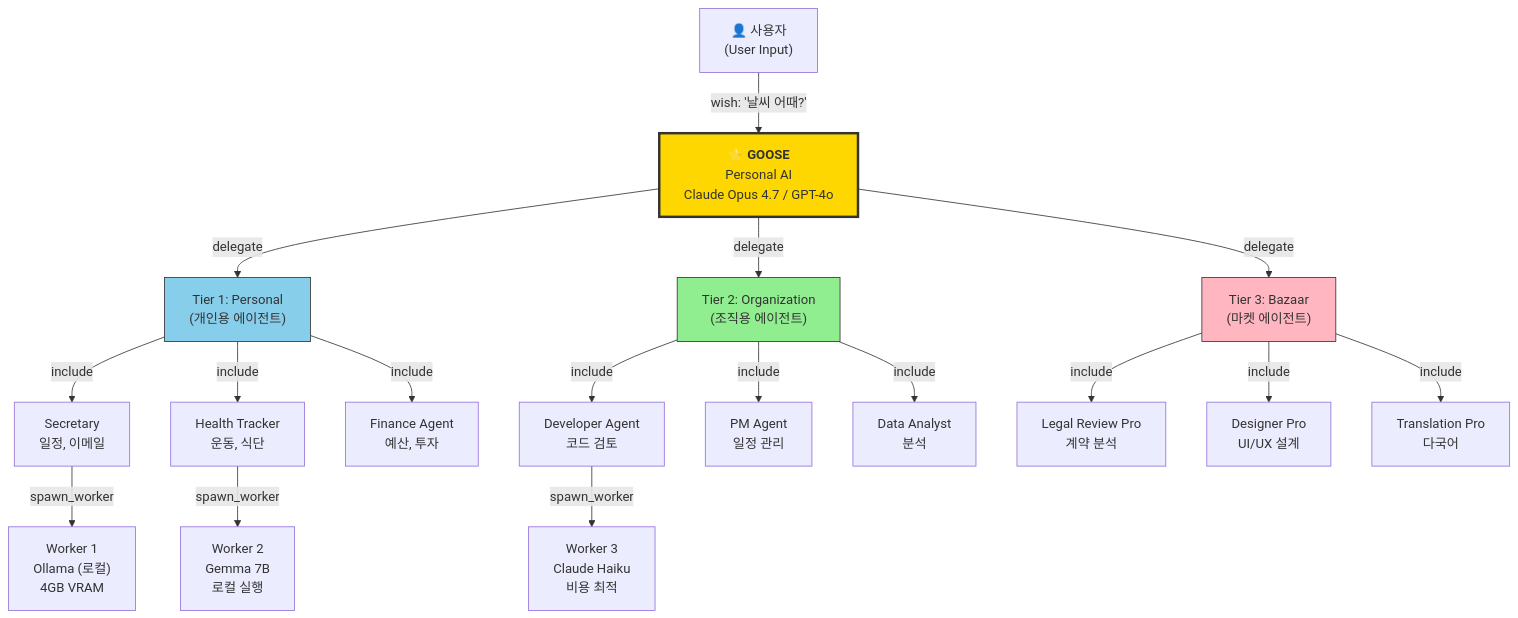
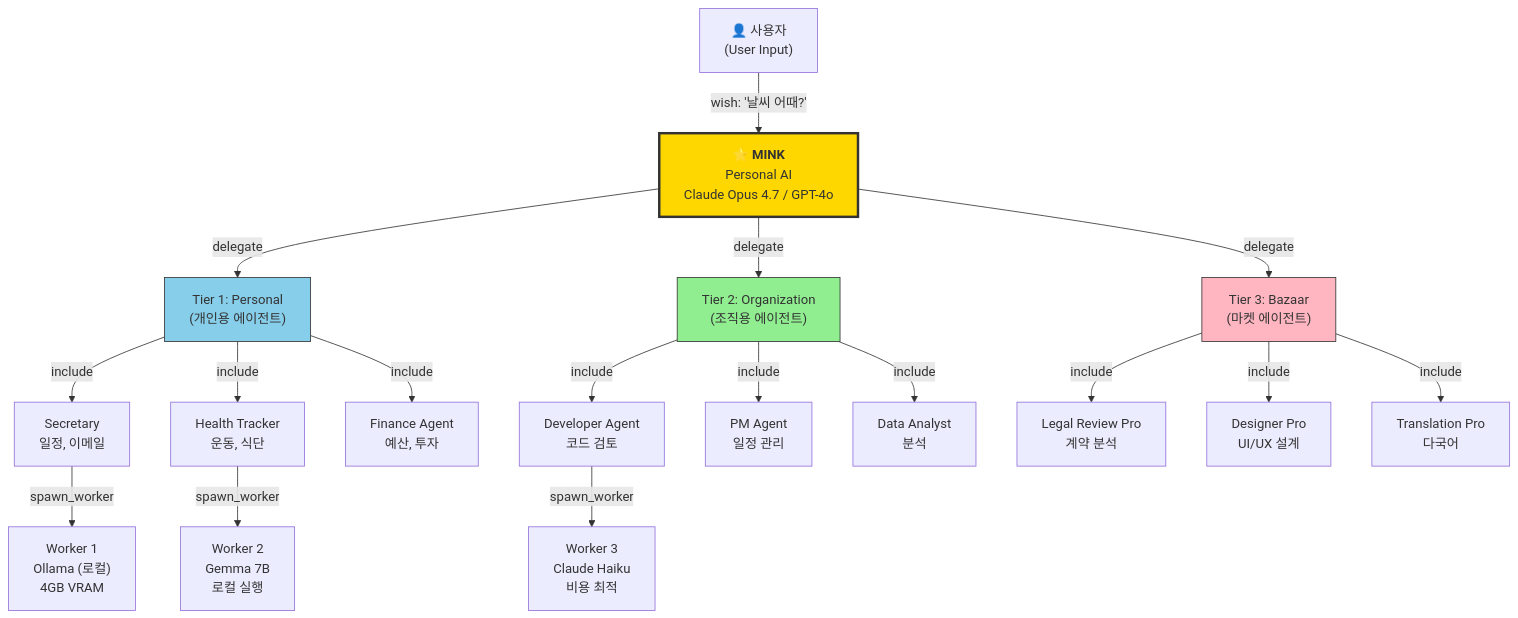
Before and after one commit to modu-ai/mink: the second of 5 diagrams in .moai/project/structure.md, drawn with Mermaid. The commit also changed other lines of this file and 9 other files, not shown here.

````diff
--- a/.moai/project/structure.md
+++ b/.moai/project/structure.md
@@ -763,31 +751,31 @@
 ```mermaid
 graph TD
     User["👤 사용자<br/>(User Input)"]
     
-    User -->|wish: '날씨 어때?'| GOOSE["⭐ <b>GOOSE</b><br/>Personal AI<br/>Claude Opus 4.7 / GPT-4o"]
+    User -->|wish: '날씨 어때?'| MINK["⭐ <b>MINK</b><br/>Personal AI<br/>Claude Opus 4.7 / GPT-4o"]
     
-    GOOSE -->|delegate| PersonalAgents["Tier 1: Personal<br/>(개인용 에이전트)"]
-    GOOSE -->|delegate| OrgAgents["Tier 2: Organization<br/>(조직용 에이전트)"]
-    GOOSE -->|delegate| BazaarAgents["Tier 3: Bazaar<br/>(마켓 에이전트)"]
+    MINK -->|delegate| PersonalAgents["Tier 1: Personal<br/>(개인용 에이전트)"]
+    MINK -->|delegate| OrgAgents["Tier 2: Organization<br/>(조직용 에이전트)"]
+    MINK -->|delegate| BazaarAgents["Tier 3: Bazaar<br/>(마켓 에이전트)"]
     
     PersonalAgents -->|include| Secretary["Secretary<br/>일정, 이메일"]
     PersonalAgents -->|include| HealthTracker["Health Tracker<br/>운동, 식단"]
     PersonalAgents -->|include| FinanceAgent["Finance Agent<br/>예산, 투자"]
     
     OrgAgents -->|include| DevAgent["Developer Agent<br/>코드 검토"]
     OrgAgents -->|include| PMAgent["PM Agent<br/>일정 관리"]
     OrgAgents -->|include| DataAgent["Data Analyst<br/>분석"]
     
     BazaarAgents -->|include| LegalReview["Legal Review Pro<br/>계약 분석"]
     BazaarAgents -->|include| DesignPro["Designer Pro<br/>UI/UX 설계"]
     BazaarAgents -->|include| TranslateAgent["Translation Pro<br/>다국어"]
     
     Secretary -->|spawn_worker| W1["Worker 1<br/>Ollama (로컬)<br/>4GB VRAM"]
     HealthTracker -->|spawn_worker| W2["Worker 2<br/>Gemma 7B<br/>로컬 실행"]
     DevAgent -->|spawn_worker| W3["Worker 3<br/>Claude Haiku<br/>비용 최적"]
     
-    style GOOSE fill:#FFD700,stroke:#333,stroke-width:3px
+    style MINK fill:#FFD700,stroke:#333,stroke-width:3px
     style PersonalAgents fill:#87CEEB,stroke:#333
     style OrgAgents fill:#90EE90,stroke:#333
     style BazaarAgents fill:#FFB6C1,stroke:#333
 ```
````
